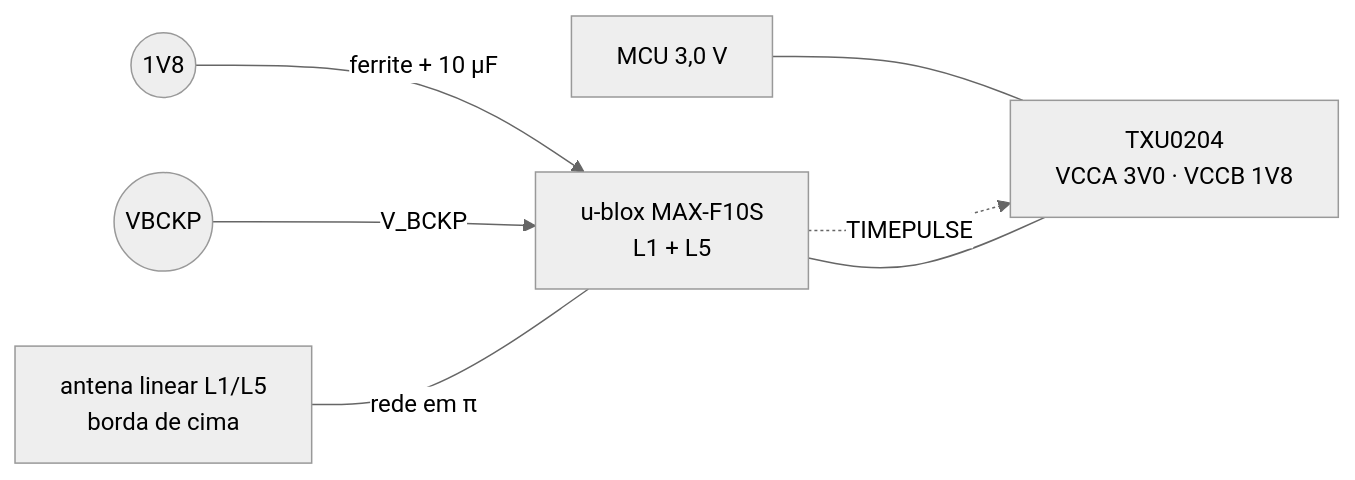
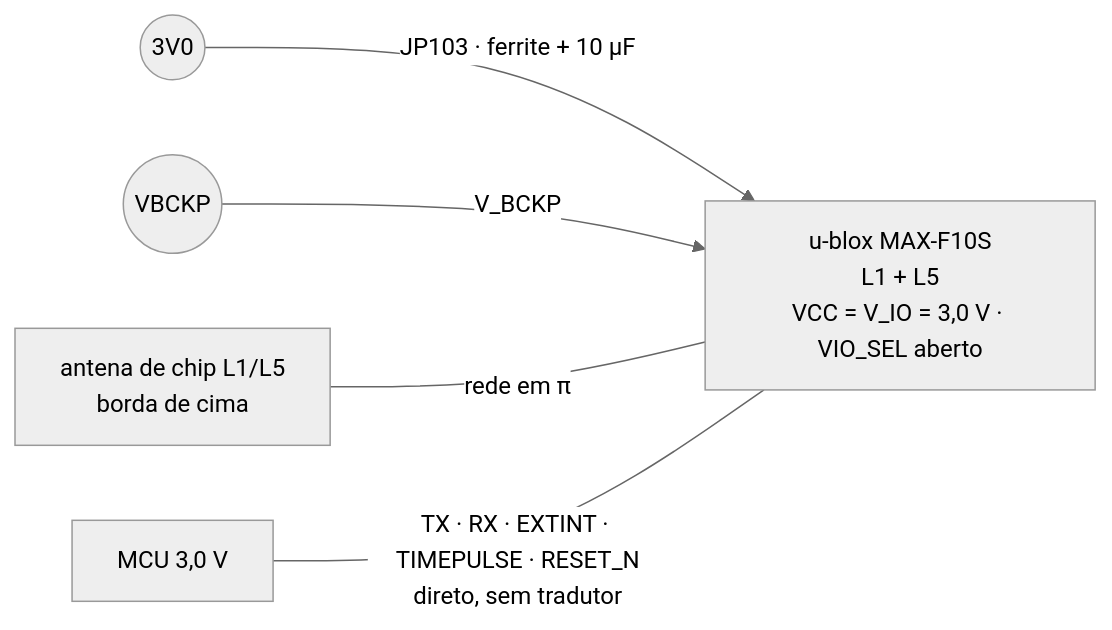
Before and after one commit to Guiimartinho/gnss-bike-computer: the third of 6 diagrams in hardware_gnssbike/01-esquematico.md, drawn with Mermaid (neutral theme). The commit also changed other lines of this file and 27 other files, not shown here.

````diff
--- a/hardware_gnssbike/01-esquematico.md
+++ b/hardware_gnssbike/01-esquematico.md
@@ -191,9 +219,7 @@
 ```mermaid
 flowchart LR
-    R1V8(("1V8")) -->|"ferrite + 10 µF"| MAXF
-    VBCKP(("VBCKP")) -->|"V_BCKP"| MAXF["u-blox MAX-F10S<br/>L1 + L5"]
-    ANT["antena linear L1/L5<br/>borda de cima"] ---|"rede em π"| MAXF
-    MCU["MCU 3,0 V"] --- TXU["TXU0204<br/>VCCA 3V0 · VCCB 1V8"]
-    TXU --- MAXF
-    MAXF -.->|"TIMEPULSE"| TXU
+    R3V0(("3V0")) -->|"JP103 · ferrite + 10 µF"| MAXF
+    VBCKP(("VBCKP")) -->|"V_BCKP"| MAXF["u-blox MAX-F10S<br/>L1 + L5<br/>VCC = V_IO = 3,0 V · VIO_SEL aberto"]
+    ANT["antena de chip L1/L5<br/>borda de cima"] ---|"rede em π"| MAXF
+    MCU["MCU 3,0 V"] ---|"TX · RX · EXTINT · TIMEPULSE · RESET_N<br/>direto, sem tradutor"| MAXF
 ```
````
